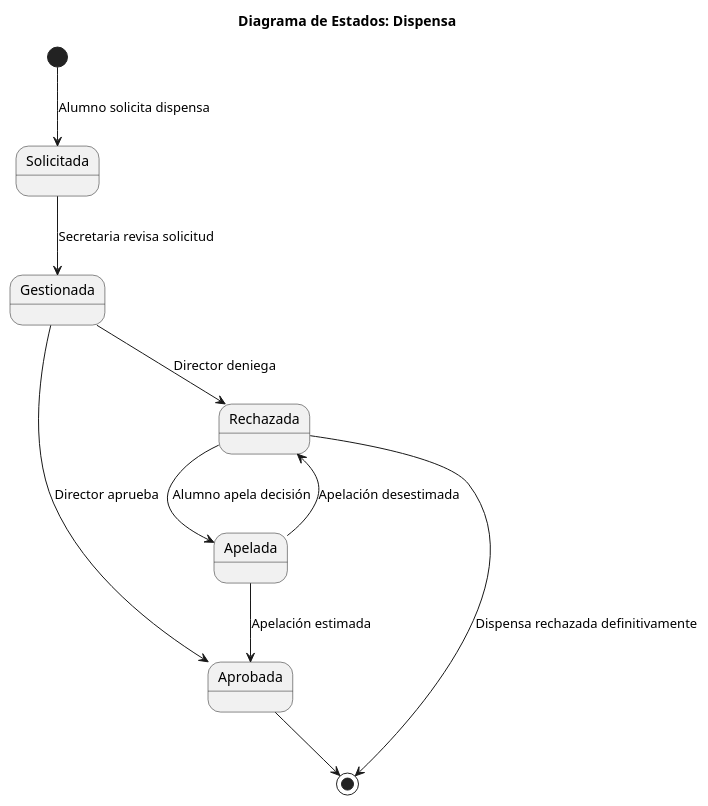
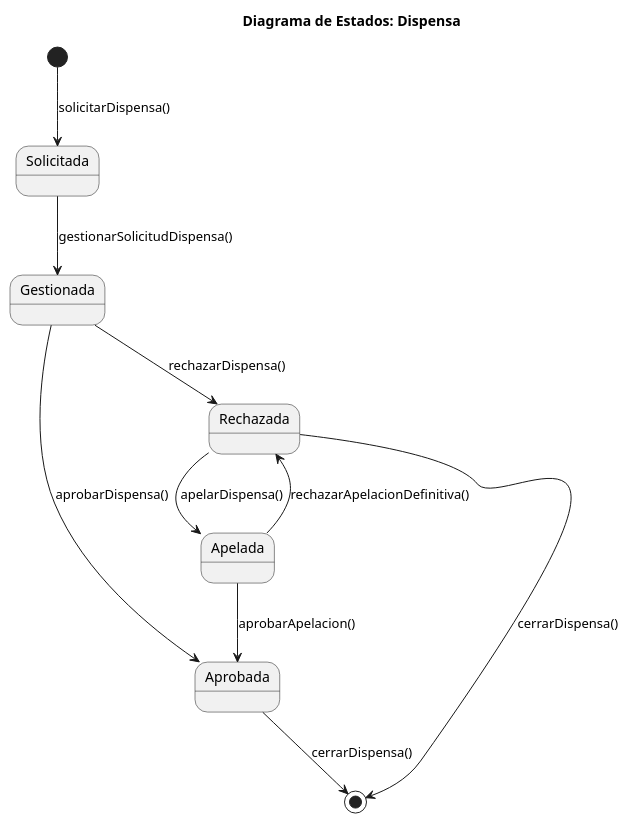
One commit to enmabry/25-26-IdSw1-SdR changed the diagram in documents/ModeloDelDominio/DiagramasDeEstado/Dispensas/Dispensas.puml. Above: the diagram before and after it, drawn with PlantUML. The commit also changed 7 other files, not shown here.

Commit message:
Refactor Matricula state diagram: update SVG structure and content for clarity and consistency

```diff
--- a/documents/ModeloDelDominio/DiagramasDeEstado/Dispensas/Dispensas.puml
+++ b/documents/ModeloDelDominio/DiagramasDeEstado/Dispensas/Dispensas.puml
@@ -1,19 +1,24 @@
-@startuml
+@startuml Dispensas_Estado
 title Diagrama de Estados: Dispensa
+
 state Solicitada
 state Gestionada
 state Aprobada
 state Rechazada
 state Apelada
 
-[*] --> Solicitada : Alumno solicita dispensa
-Solicitada --> Gestionada : Secretaria revisa solicitud
-Gestionada --> Aprobada : Director aprueba
-Gestionada --> Rechazada : Director deniega
-Rechazada --> Apelada : Alumno apela decisión
-Apelada --> Aprobada : Apelación estimada
-Apelada --> Rechazada : Apelación desestimada
-Aprobada --> [*]
-Rechazada --> [*] : Dispensa rechazada definitivamente
+[*] --> Solicitada           : solicitarDispensa()
+
+Solicitada --> Gestionada    : gestionarSolicitudDispensa()
+Gestionada --> Aprobada      : aprobarDispensa()
+Gestionada --> Rechazada     : rechazarDispensa()
+
+Rechazada --> Apelada        : apelarDispensa()
+
+Apelada --> Aprobada         : aprobarApelacion()
+Apelada --> Rechazada        : rechazarApelacionDefinitiva()
+
+Aprobada --> [*]             : cerrarDispensa()
+Rechazada --> [*]            : cerrarDispensa()
 
 @enduml
```
